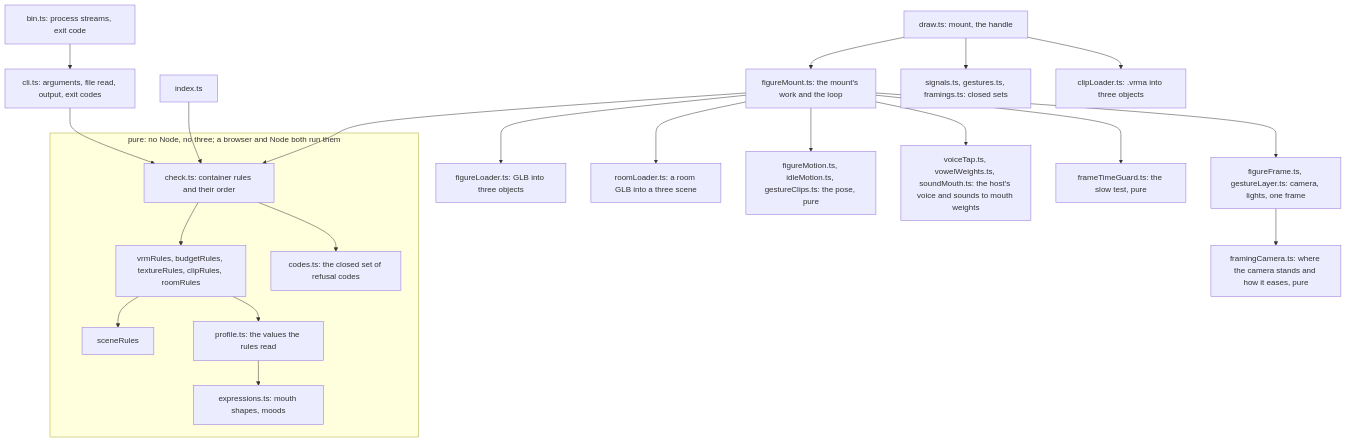
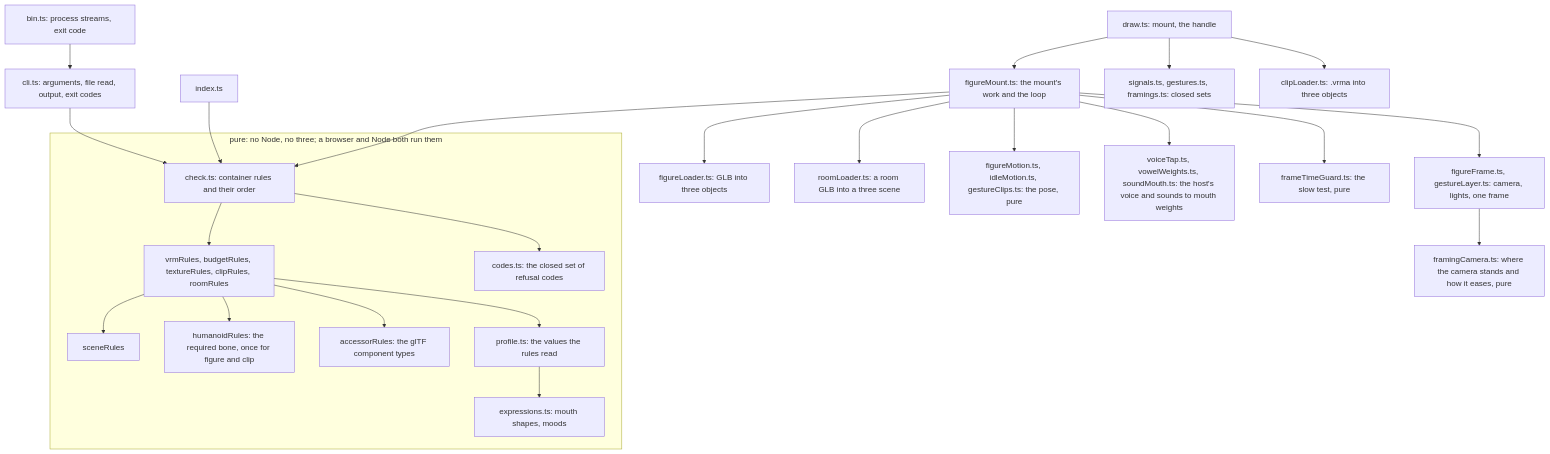
The second of 4 diagrams in docs/ARCHITECTURE.md (overnightworks/figure), drawn with Mermaid before and after one commit. The commit also changed other lines of this file and 7 other files, not shown here.

````diff
--- a/docs/ARCHITECTURE.md
+++ b/docs/ARCHITECTURE.md
@@ -22,21 +22,23 @@
 ```mermaid
 flowchart TD
     bin["bin.ts: process streams, exit code"] --> cli["cli.ts: arguments, file read, output, exit codes"]
     cli --> check
     subgraph pure["pure: no Node, no three; a browser and Node both run them"]
         check["check.ts: container rules and their order"] --> rules["vrmRules, budgetRules, textureRules, clipRules, roomRules"] --> scene["sceneRules"]
+        rules --> humanoid["humanoidRules: the required bone, once for figure and clip"]
+        rules --> accessor["accessorRules: the glTF component types"]
         rules --> profile["profile.ts: the values the rules read"] --> expressions["expressions.ts: mouth shapes, moods"]
         check --> codes["codes.ts: the closed set of refusal codes"]
     end
     index["index.ts"] --> check
     draw["draw.ts: mount, the handle"] --> figureMount["figureMount.ts: the mount's work and the loop"]
     figureMount --> check
     figureMount --> loaders["figureLoader.ts: GLB into three objects"]
     figureMount --> roomLoader["roomLoader.ts: a room GLB into a three scene"]
     figureMount --> motion["figureMotion.ts, idleMotion.ts, gestureClips.ts: the pose, pure"]
     figureMount --> frame["figureFrame.ts, gestureLayer.ts: camera, lights, one frame"]
     frame --> framingCamera["framingCamera.ts: where the camera stands and how it eases, pure"]
     figureMount --> voice["voiceTap.ts, vowelWeights.ts, soundMouth.ts: the host's voice and sounds to mouth weights"]
     figureMount --> guard["frameTimeGuard.ts: the slow test, pure"]
     draw --> signals["signals.ts, gestures.ts, framings.ts: closed sets"] & clipLoader["clipLoader.ts: .vrma into three objects"]
 ```
````
